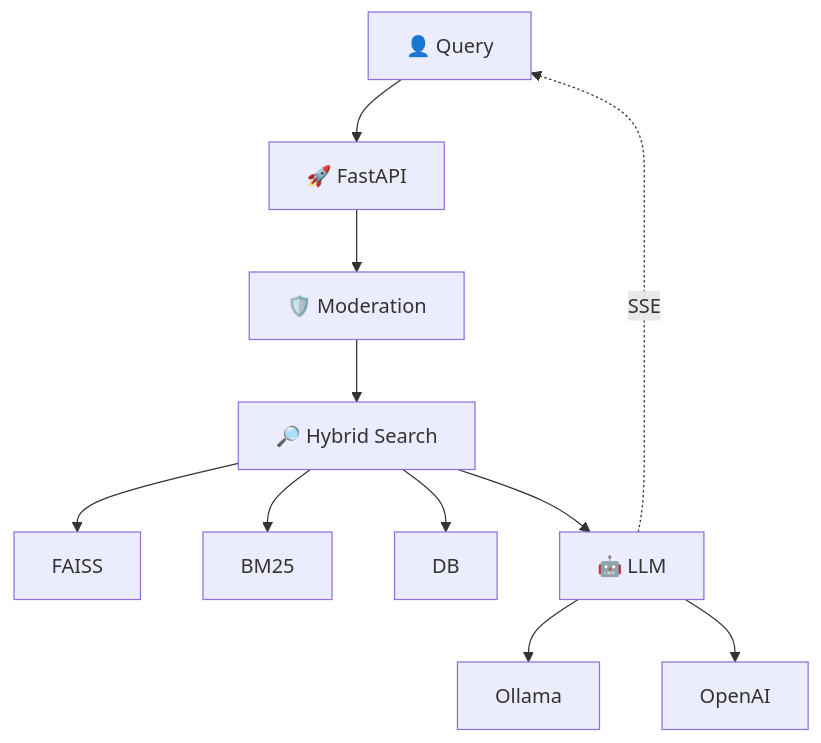
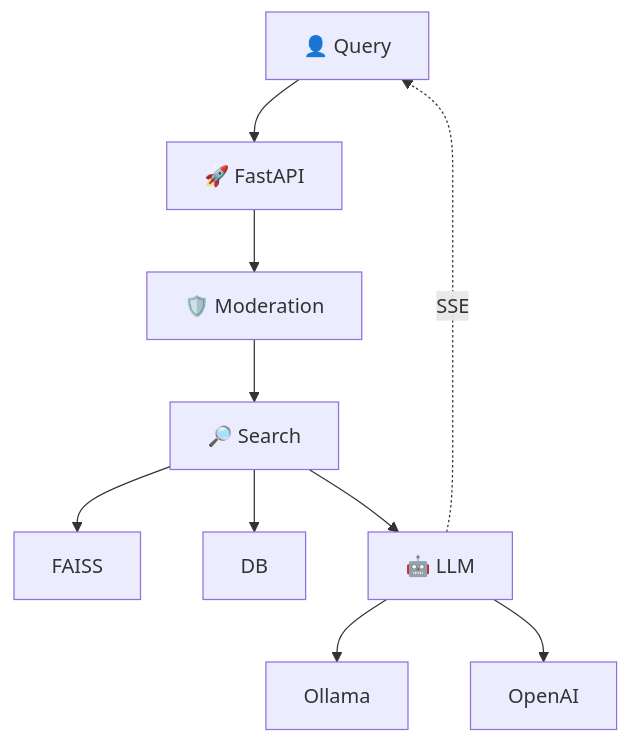
Before and after one commit to oscarthedev15/crypto-news-analyst: the third of 3 diagrams in architecture.md, drawn with Mermaid. The commit also changed other lines of this file and 2 other files, not shown here.

Commit message:
Remove BM25 and hybrid search references from documentation

````diff
--- a/architecture.md
+++ b/architecture.md
@@ -61,10 +60,10 @@
 ```mermaid
 flowchart TB
     USER[👤 Query] --> API[🚀 FastAPI]
     API --> MOD[🛡️ Moderation]
-    MOD --> SEARCH[🔎 Hybrid Search]
-    SEARCH --> FAISS & BM25 & DB
+    MOD --> SEARCH[🔎 Search]
+    SEARCH --> FAISS & DB
     SEARCH --> LLM[🤖 LLM]
     LLM --> OLLAMA[Ollama] & OPENAI[OpenAI]
     LLM -.->|SSE| USER
 ```
````
